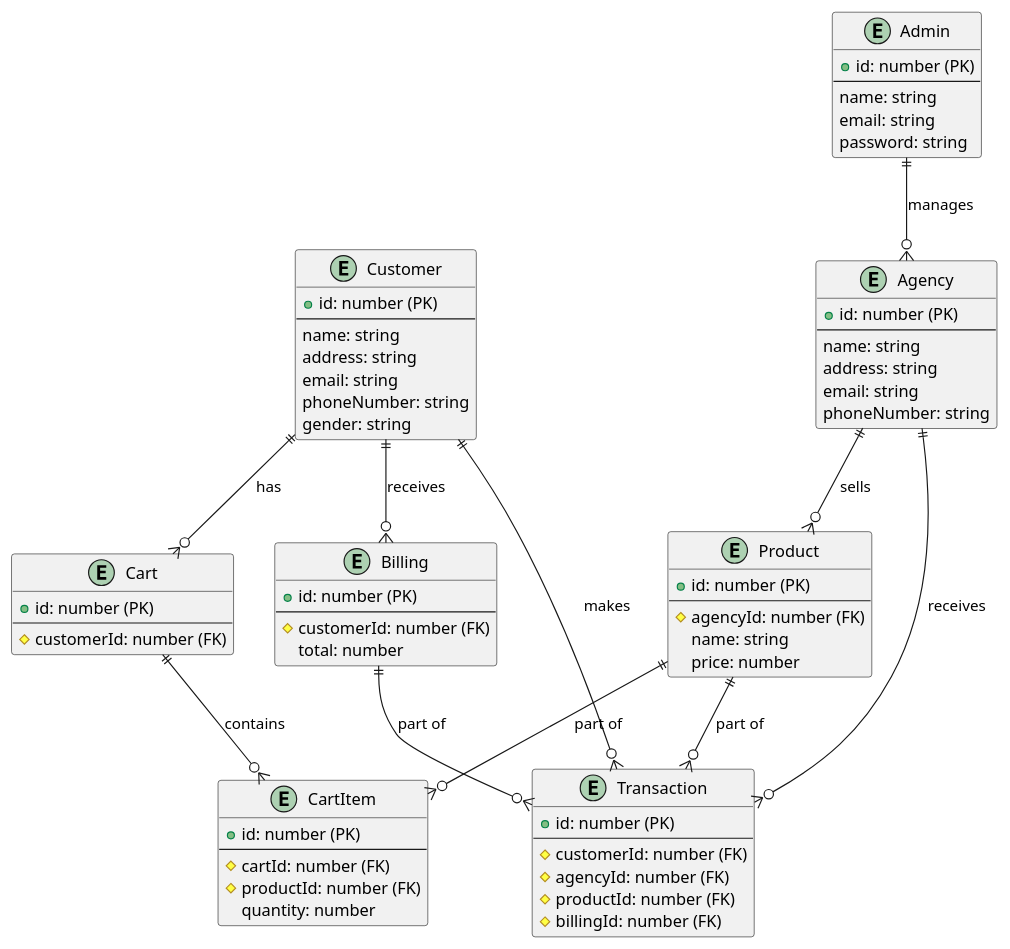
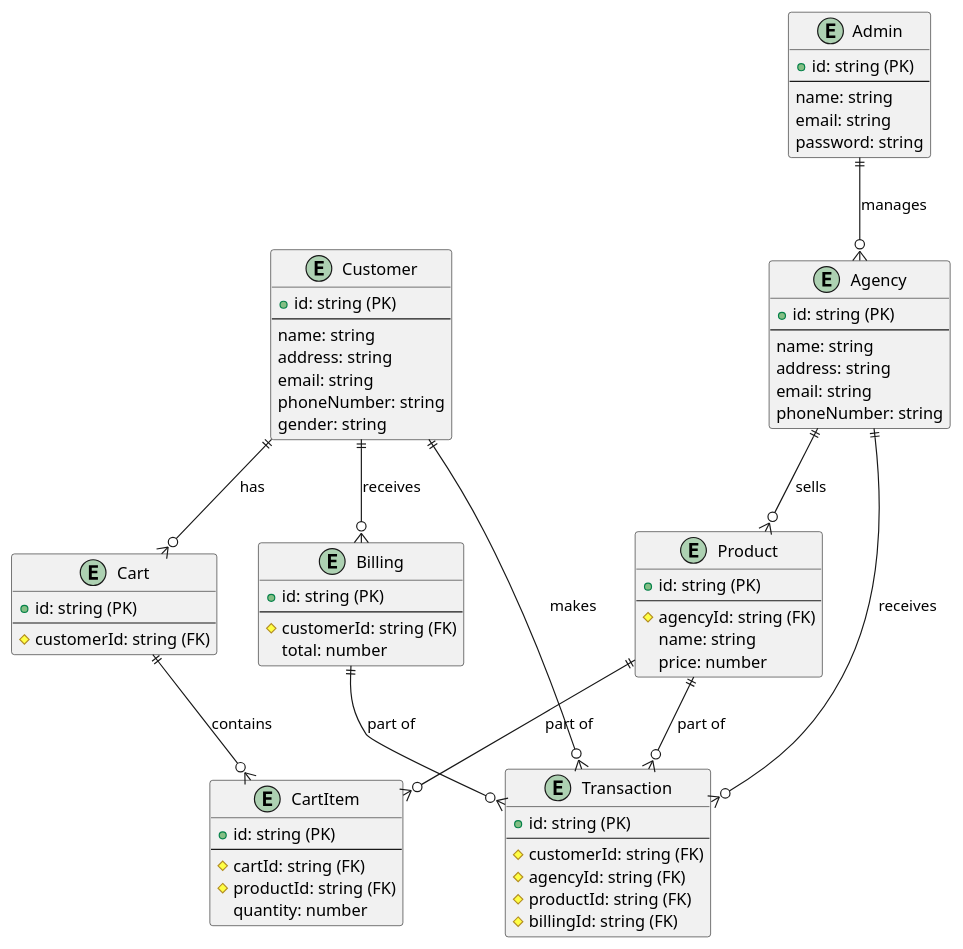
The diagram in shopping-app/docs/ERD.plantuml (nguyenhungne/UDT-backend), drawn with PlantUML before and after one commit. The commit also changed 20 other files, not shown here.

```diff
--- a/shopping-app/docs/ERD.plantuml
+++ b/shopping-app/docs/ERD.plantuml
@@ -1,79 +1,79 @@
 @startuml entity-relationship-diagram
 
 entity "Customer" as customer {
-  + id: number (PK)
+  + id: string (PK)
   ---
   name: string
   address: string
   email: string
   phoneNumber: string
   gender: string
 }
 
 entity "Cart" as cart {
-  + id: number (PK)
+  + id: string (PK)
   ---
-  # customerId: number (FK)
+  # customerId: string (FK)
 }
 
 entity "CartItem" as cartItem {
-  + id: number (PK)
+  + id: string (PK)
   ---
-  # cartId: number (FK)
-  # productId: number (FK)
+  # cartId: string (FK)
+  # productId: string (FK)
   quantity: number
 }
 
 entity "Transaction" as transaction {
-  + id: number (PK)
+  + id: string (PK)
   ---
-  # customerId: number (FK)
-  # agencyId: number (FK)
-  # productId: number (FK)
-  # billingId: number (FK)
+  # customerId: string (FK)
+  # agencyId: string (FK)
+  # productId: string (FK)
+  # billingId: string (FK)
 }
 
 entity "Billing" as billing {
-  + id: number (PK)
+  + id: string (PK)
   ---
-  # customerId: number (FK)
+  # customerId: string (FK)
   total: number
 }
 
 entity "Agency" as agency {
-  + id: number (PK)
+  + id: string (PK)
   ---
   name: string
   address: string
   email: string
   phoneNumber: string
 }
 
 entity "Product" as product {
-  + id: number (PK)
+  + id: string (PK)
   ---
-  # agencyId: number (FK)
+  # agencyId: string (FK)
   name: string
   price: number
 }
 
 entity "Admin" as admin {
-  + id: number (PK)
+  + id: string (PK)
   ---
   name: string
   email: string
   password: string
 }
 
 customer ||--o{ cart : has
 customer ||--o{ transaction : makes
 customer ||--o{ billing : receives
 agency ||--o{ transaction : receives
 agency ||--o{ product : sells
 product ||--o{ transaction : part of
 billing ||--o{ transaction : part of
 admin ||--o{ agency : manages
 cart ||--o{ cartItem : contains
 product ||--o{ cartItem : part of
 
 @enduml
```
